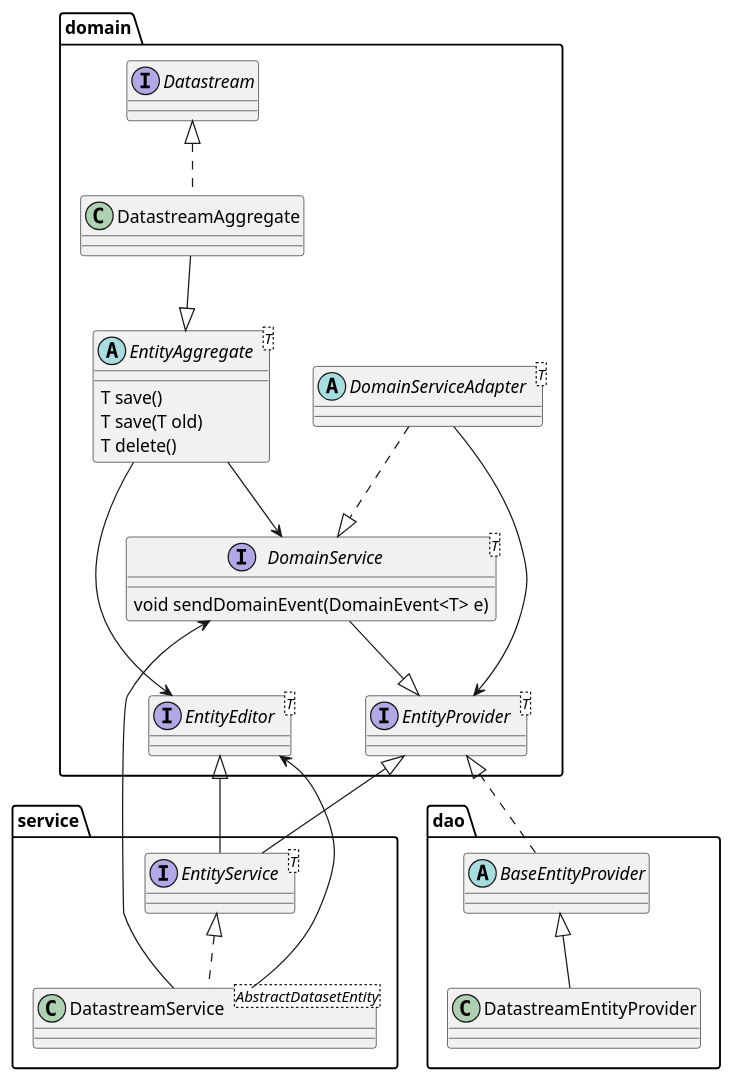
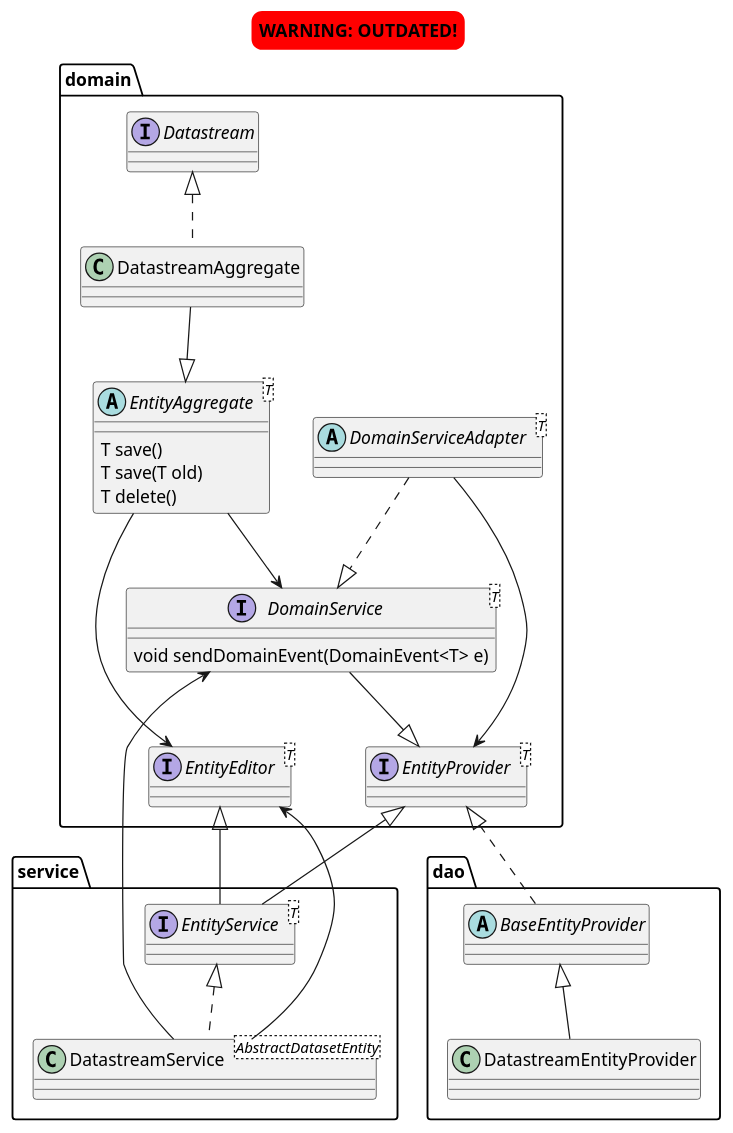
One commit to 52North/sensorweb-server-sta changed the diagram in docs/diagrams/data-provider.puml. Above: the diagram before and after it, drawn with PlantUML. The commit also changed 4 other files, not shown here.

Commit message:
[docs] update puml diagrams

```diff
--- a/docs/diagrams/data-provider.puml
+++ b/docs/diagrams/data-provider.puml
@@ -1,60 +1,68 @@
 @startuml 52n SensorThings API, Data Provider (Datastream)
+
+skinparam titleBorderRoundCorner 15
+skinparam titleBorderThickness 2
+skinparam titleBorderColor red
+skinparam titleBackgroundColor red
+
+title WARNING: OUTDATED!
+
 
 package service {
     interface "EntityService<T>" as api_entity_service
     class "DatastreamService<AbstractDatasetEntity>" as api_ds_service
 
      api_entity_service <|.. api_ds_service
 
 }
 
 package domain {
     interface "Datastream" as api_ds
     interface "EntityProvider<T>" as api_entity_provider
     interface "EntityEditor<T>" as api_entity_editor
 
     interface "DomainService<T>" as domain_domain_service {
         void sendDomainEvent(DomainEvent<T> e)
     }
     abstract class "DomainServiceAdapter<T>" as domain_domain_service_adapter
     abstract class "EntityAggregate<T>" as domain_entity_aggregate {
         T save()
         T save(T old)
         T delete()
     }
     class "DatastreamAggregate" as domain_ds_aggregate
 
     domain_domain_service --|> api_entity_provider
     domain_entity_aggregate ---> api_entity_editor
 
     domain_domain_service_adapter ..|> domain_domain_service
     domain_domain_service_adapter --> api_entity_provider
 }
 
 package dao {
     abstract class "BaseEntityProvider" as dao_base_entity_provider
     class "DatastreamEntityProvider" as dao_ds_entity_provider
 
 '     class "DatastreamRepository" as dao_ds_repo
 '     class "DatastreamData" as dao_ds_data
 
 '     class "DatastreamQuerySpecification" as dao_ds_query_spec
 '     class "DatastreamGraphBuilder" as dao_ds_graph_builder
 
     api_entity_provider <|.. dao_base_entity_provider
     dao_base_entity_provider <|-- dao_ds_entity_provider
 '     dao_ds_data ..|> api_ds
 }
 
 
 api_entity_editor <|-- api_entity_service
 api_entity_provider <|-- api_entity_service
 domain_domain_service <-- api_ds_service
 api_entity_editor <-- api_ds_service
 
 domain_entity_aggregate --> domain_domain_service
 domain_ds_aggregate --|> domain_entity_aggregate
 api_ds <|.. domain_ds_aggregate
 
 
 @enduml
```
